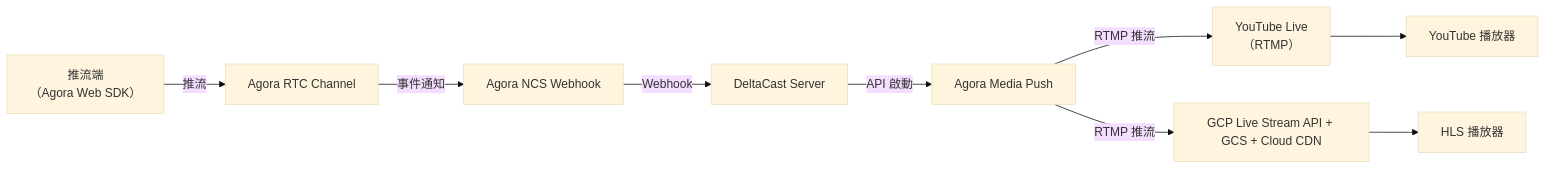
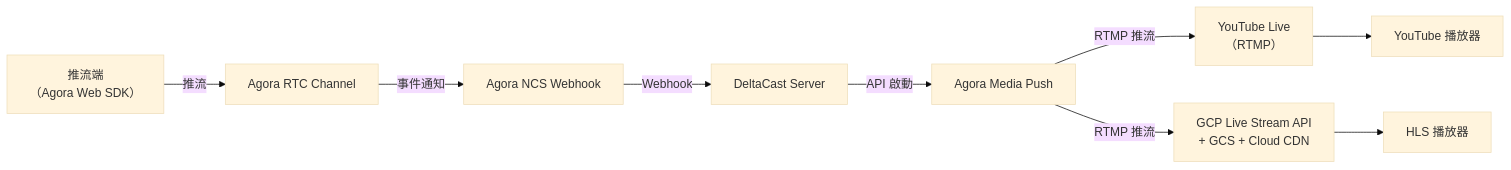
Before and after one commit to maxence2997/delta-cast: the diagram in README.md, drawn with Mermaid (base theme).

Commit message:
doc: improve diagram formatting in README for better readability

````diff
--- a/README.md
+++ b/README.md
@@ -16,21 +16,21 @@
 ```mermaid
 flowchart LR
-    Streamer["推流端\n（Agora Web SDK）"]
+    Streamer["推流端 <br>（Agora Web SDK）"]
     Agora["Agora RTC Channel"]
     NCS["Agora NCS Webhook"]
     API["DeltaCast Server"]
     MP["Agora Media Push"]
     YT["YouTube Live\n（RTMP）"]
-    GCP["GCP Live Stream API + GCS + Cloud CDN"]
+    GCP["GCP Live Stream API <br> +  GCS + Cloud CDN"]
     YTPlayer["YouTube 播放器"]
     HLSPlayer["HLS 播放器"]
 
     Streamer -->|推流| Agora
     Agora -->|事件通知| NCS
     NCS -->|Webhook| API
     API -->|API 啟動| MP
     MP -->|RTMP 推流| YT
     MP -->|RTMP 推流| GCP
     YT --> YTPlayer
     GCP --> HLSPlayer
 ```
````
